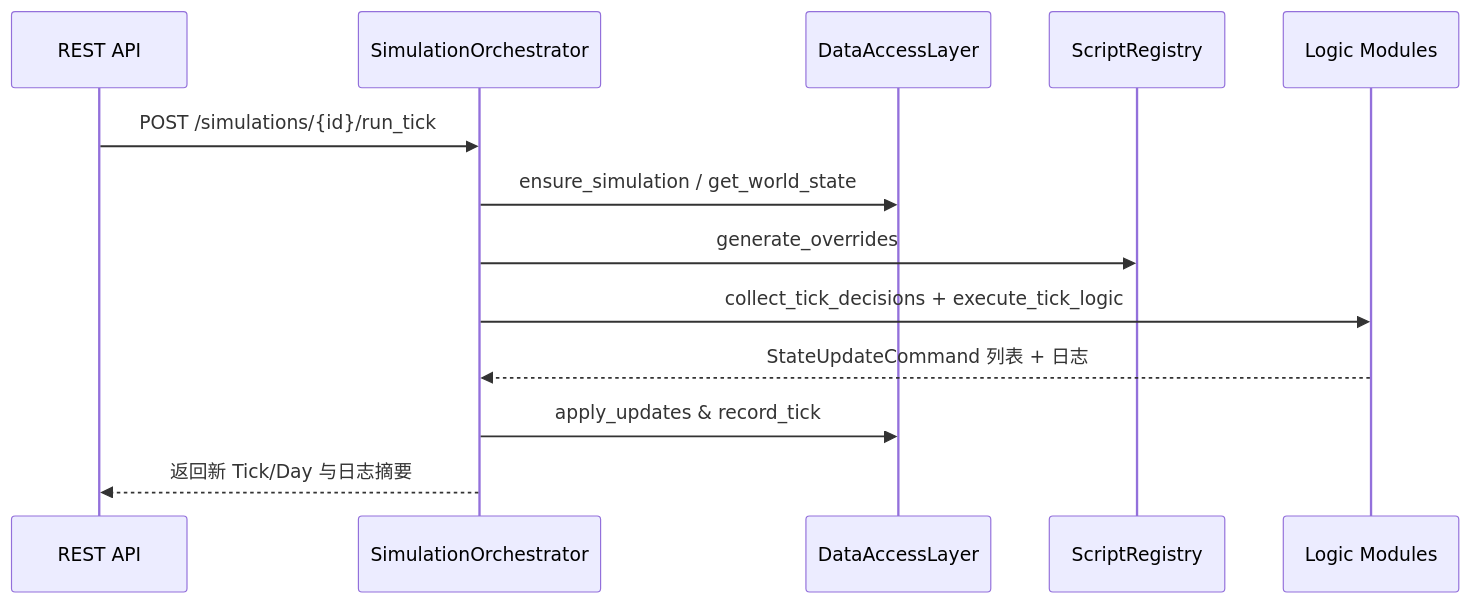
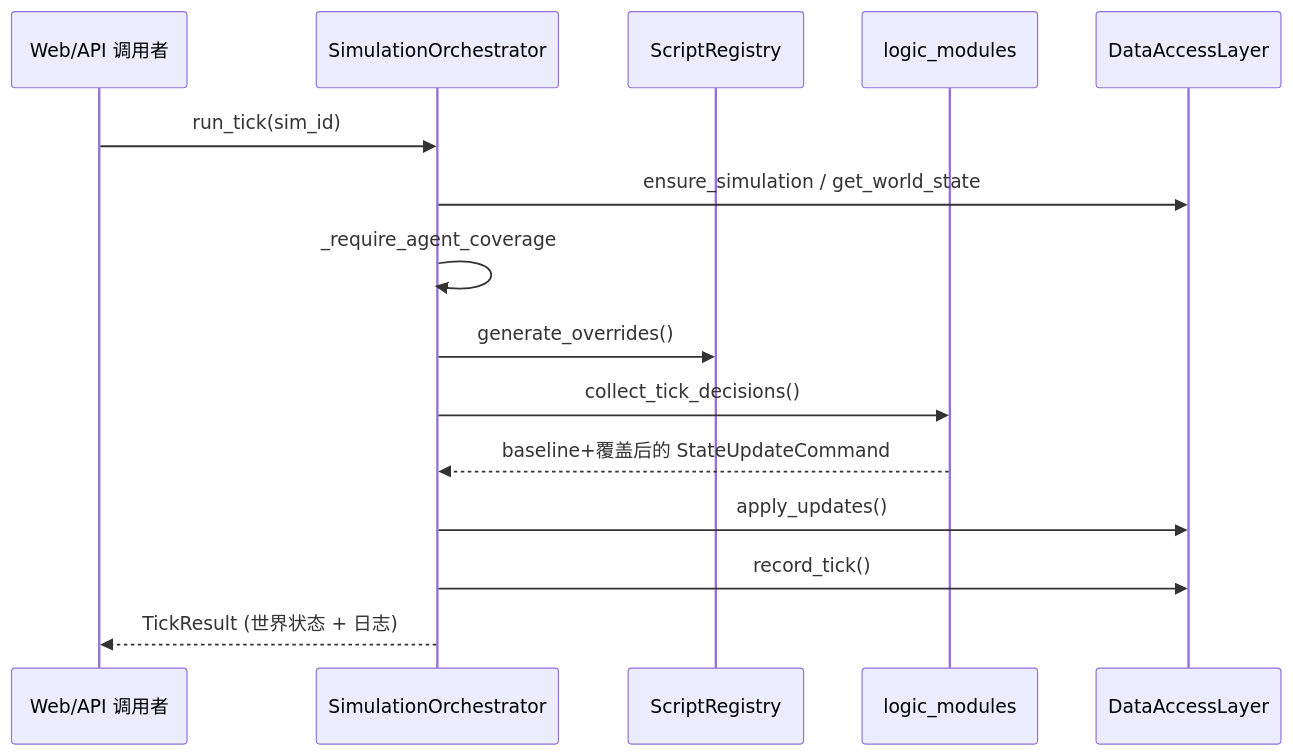
Before and after one commit to CeciliaGuo331/econ.simulator: the third of 3 diagrams in docs/dev_handbook/1_SYSTEM_ARCHITECTURE.md, drawn with Mermaid. The commit also changed other lines of this file and 6 other files, not shown here.

````diff
--- a/docs/dev_handbook/1_SYSTEM_ARCHITECTURE.md
+++ b/docs/dev_handbook/1_SYSTEM_ARCHITECTURE.md
@@ -113,16 +128,18 @@
 ```mermaid
 sequenceDiagram
-    participant API as REST API
+    participant Client as Web/API 调用者
     participant ORCH as SimulationOrchestrator
+    participant Registry as ScriptRegistry
+    participant Logic as logic_modules
     participant DAL as DataAccessLayer
-    participant REG as ScriptRegistry
-    participant LOGIC as Logic Modules
 
-    API->>ORCH: POST /simulations/{id}/run_tick
+    Client->>ORCH: run_tick(sim_id)
     ORCH->>DAL: ensure_simulation / get_world_state
-    ORCH->>REG: generate_overrides
-    ORCH->>LOGIC: collect_tick_decisions + execute_tick_logic
-    LOGIC-->>ORCH: StateUpdateCommand 列表 + 日志
-    ORCH->>DAL: apply_updates & record_tick
-    ORCH-->>API: 返回新 Tick/Day 与日志摘要
+    ORCH->>ORCH: _require_agent_coverage
+    ORCH->>Registry: generate_overrides()
+    ORCH->>Logic: collect_tick_decisions()
+    Logic-->>ORCH: baseline+覆盖后的 StateUpdateCommand
+    ORCH->>DAL: apply_updates()
+    ORCH->>DAL: record_tick()
+    ORCH-->>Client: TickResult (世界状态 + 日志)
 ```
````
